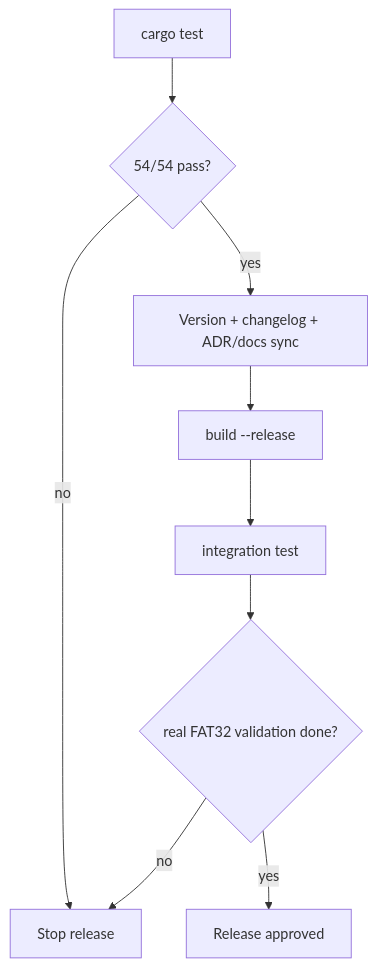
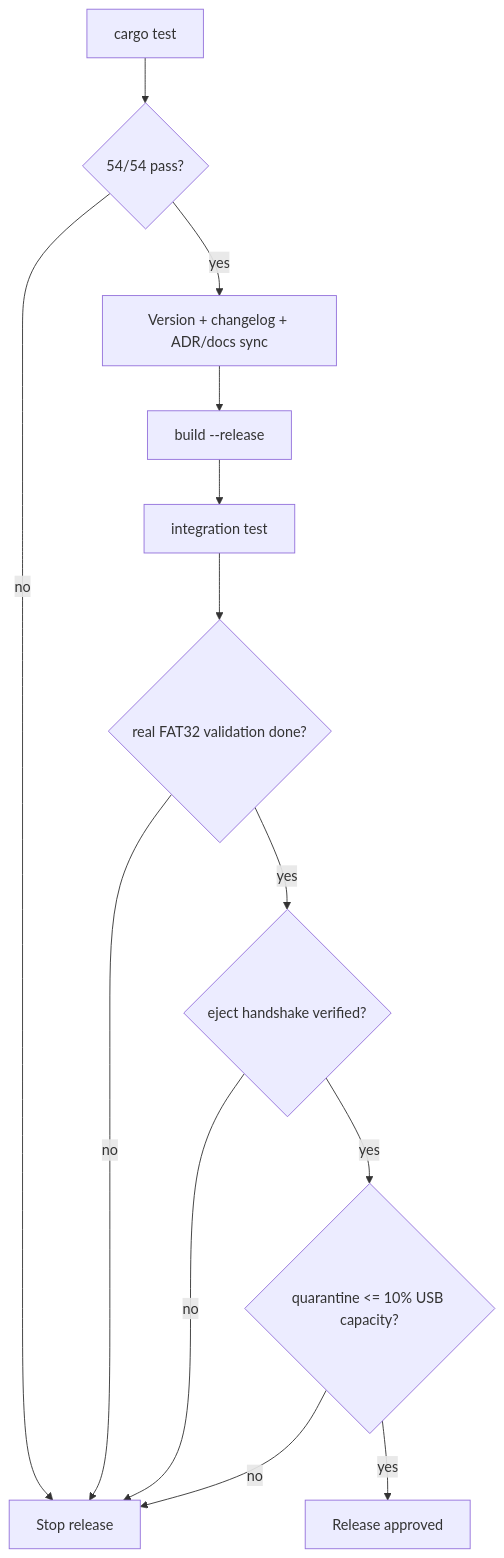
One commit to luisrc722/legacy-audio-provisioner changed the diagram in CHECKLIST.md. Above: the diagram before and after it, drawn with Mermaid. The commit also changed other lines of this file, not shown here.

Commit message:
docs(checklist): add eject handshake and quarantine quota release gates

````diff
--- a/CHECKLIST.md
+++ b/CHECKLIST.md
@@ -7,11 +7,15 @@
 ```mermaid
 flowchart TD
 	A[cargo test] --> B{54/54 pass?}
 	B -- no --> Z[Stop release]
 	B -- yes --> C[Version + changelog + ADR/docs sync]
 	C --> D[build --release]
 	D --> E[integration test]
 	E --> F{real FAT32 validation done?}
 	F -- no --> Z
-	F -- yes --> G[Release approved]
+	F -- yes --> H{eject handshake verified?}
+	H -- no --> Z
+	H -- yes --> I{quarantine <= 10% USB capacity?}
+	I -- no --> Z
+	I -- yes --> G[Release approved]
 ```
````
